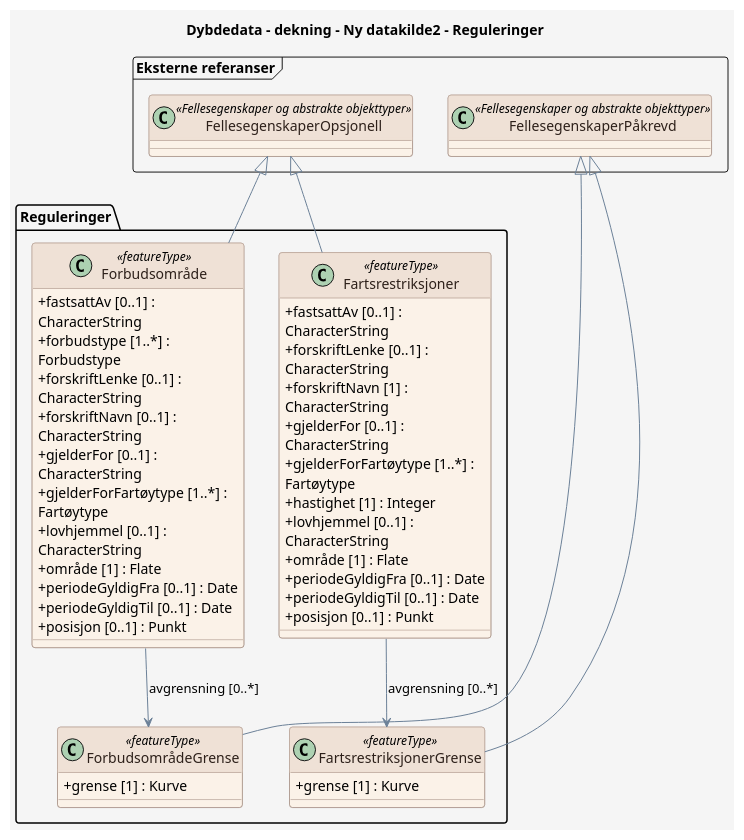
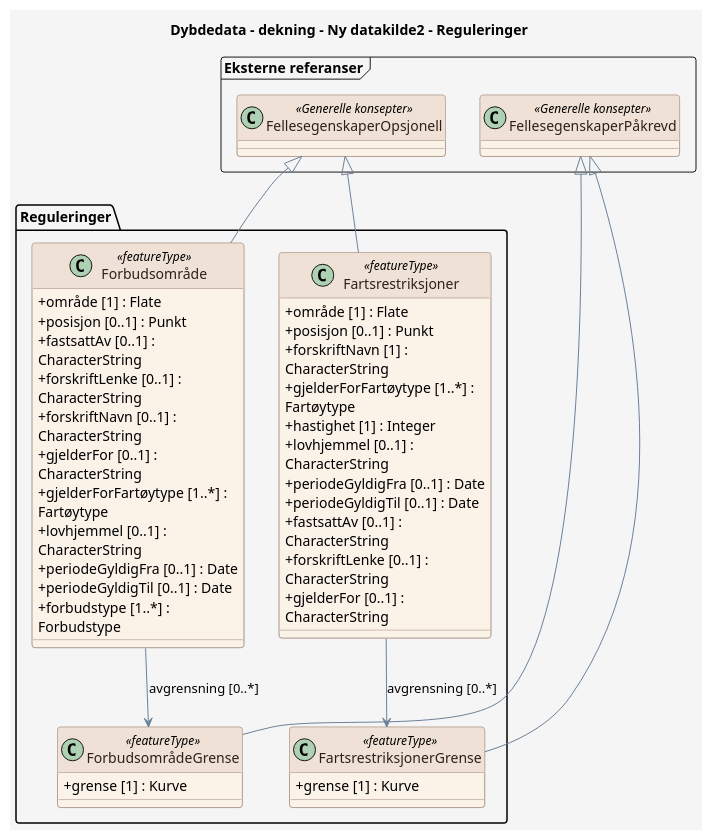
The diagram in produktspesifikasjon/dybdedata-dekning/ny-datakilde2/ny-datakilde2_feature_catalogue_Reguleringer.puml (Arkitektum/produktspesifikasjon_test_dag), drawn with PlantUML before and after one commit. The commit also changed 13 other files, not shown here.

```diff
--- a/produktspesifikasjon/dybdedata-dekning/ny-datakilde2/ny-datakilde2_feature_catalogue_Reguleringer.puml
+++ b/produktspesifikasjon/dybdedata-dekning/ny-datakilde2/ny-datakilde2_feature_catalogue_Reguleringer.puml
@@ -1,84 +1,84 @@
 @startuml
 ' For wide diagrams, render with: plantuml -DPLANTUML_LIMIT_SIZE=16384 ...
 ' The 'scale max' directive below caps the rendered output to prevent the
 ' default PlantUML 4096px size limit from cropping the diagram.
 scale max 4000*4000
 
 title Dybdedata - dekning - Ny datakilde2 - Reguleringer
 
 skinparam backgroundColor #F5F5F5
 skinparam shadowing false
 skinparam RoundCorner 6
 skinparam ArrowColor #6C8198
 skinparam wrapWidth 200
 skinparam class {
   BackgroundColor #FBF2E8
   BorderColor #9C8578
   FontColor #2D201A
   HeaderBackgroundColor #EFE1D6
   HeaderFontColor #2D201A
   AttributeIconSize 0
 }
 skinparam note {
   BackgroundColor #FFFFFF
   BorderColor #6C8198
   FontColor #2D201A
 }
 skinparam stereotypeCBackgroundColor #EAD9CE
 skinparam stereotypeCBorderColor #9C8578
 skinparam stereotypeCFontColor #2D201A
 
 package "Reguleringer" {
 
   class "Forbudsområde" as Forbudsomr_de <<featureType>> {
+    + område [1] : Flate
+    + posisjon [0..1] : Punkt
     + fastsattAv [0..1] : CharacterString
-    + forbudstype [1..*] : Forbudstype
     + forskriftLenke [0..1] : CharacterString
     + forskriftNavn [0..1] : CharacterString
     + gjelderFor [0..1] : CharacterString
     + gjelderForFartøytype [1..*] : Fartøytype
     + lovhjemmel [0..1] : CharacterString
-    + område [1] : Flate
     + periodeGyldigFra [0..1] : Date
     + periodeGyldigTil [0..1] : Date
-    + posisjon [0..1] : Punkt
+    + forbudstype [1..*] : Forbudstype
   }
 
-  class Fartsrestriksjoner <<featureType>> {
-    + fastsattAv [0..1] : CharacterString
-    + forskriftLenke [0..1] : CharacterString
-    + forskriftNavn [1] : CharacterString
-    + gjelderFor [0..1] : CharacterString
-    + gjelderForFartøytype [1..*] : Fartøytype
-    + hastighet [1] : Integer
-    + lovhjemmel [0..1] : CharacterString
-    + område [1] : Flate
-    + periodeGyldigFra [0..1] : Date
-    + periodeGyldigTil [0..1] : Date
-    + posisjon [0..1] : Punkt
+  class FartsrestriksjonerGrense <<featureType>> {
+    + grense [1] : Kurve
   }
 
   class "ForbudsområdeGrense" as Forbudsomr_deGrense <<featureType>> {
     + grense [1] : Kurve
   }
 
-  class FartsrestriksjonerGrense <<featureType>> {
-    + grense [1] : Kurve
+  class Fartsrestriksjoner <<featureType>> {
+    + område [1] : Flate
+    + posisjon [0..1] : Punkt
+    + forskriftNavn [1] : CharacterString
+    + gjelderForFartøytype [1..*] : Fartøytype
+    + hastighet [1] : Integer
+    + lovhjemmel [0..1] : CharacterString
+    + periodeGyldigFra [0..1] : Date
+    + periodeGyldigTil [0..1] : Date
+    + fastsattAv [0..1] : CharacterString
+    + forskriftLenke [0..1] : CharacterString
+    + gjelderFor [0..1] : CharacterString
   }
 }
 
 package "Eksterne referanser" <<Frame>> {
-  class FellesegenskaperOpsjonell <<Fellesegenskaper og abstrakte objekttyper>> {
+  class FellesegenskaperOpsjonell <<Generelle konsepter>> {
   }
-  class "FellesegenskaperPåkrevd" as FellesegenskaperP_krevd <<Fellesegenskaper og abstrakte objekttyper>> {
+  class "FellesegenskaperPåkrevd" as FellesegenskaperP_krevd <<Generelle konsepter>> {
   }
 }
 
 FellesegenskaperOpsjonell <|-- Forbudsomr_de
 Forbudsomr_de --> Forbudsomr_deGrense : avgrensning [0..*]
+FellesegenskaperP_krevd <|-- FartsrestriksjonerGrense
+FellesegenskaperP_krevd <|-- Forbudsomr_deGrense
 FellesegenskaperOpsjonell <|-- Fartsrestriksjoner
 Fartsrestriksjoner --> FartsrestriksjonerGrense : avgrensning [0..*]
-FellesegenskaperP_krevd <|-- Forbudsomr_deGrense
-FellesegenskaperP_krevd <|-- FartsrestriksjonerGrense
 
 @enduml
```
